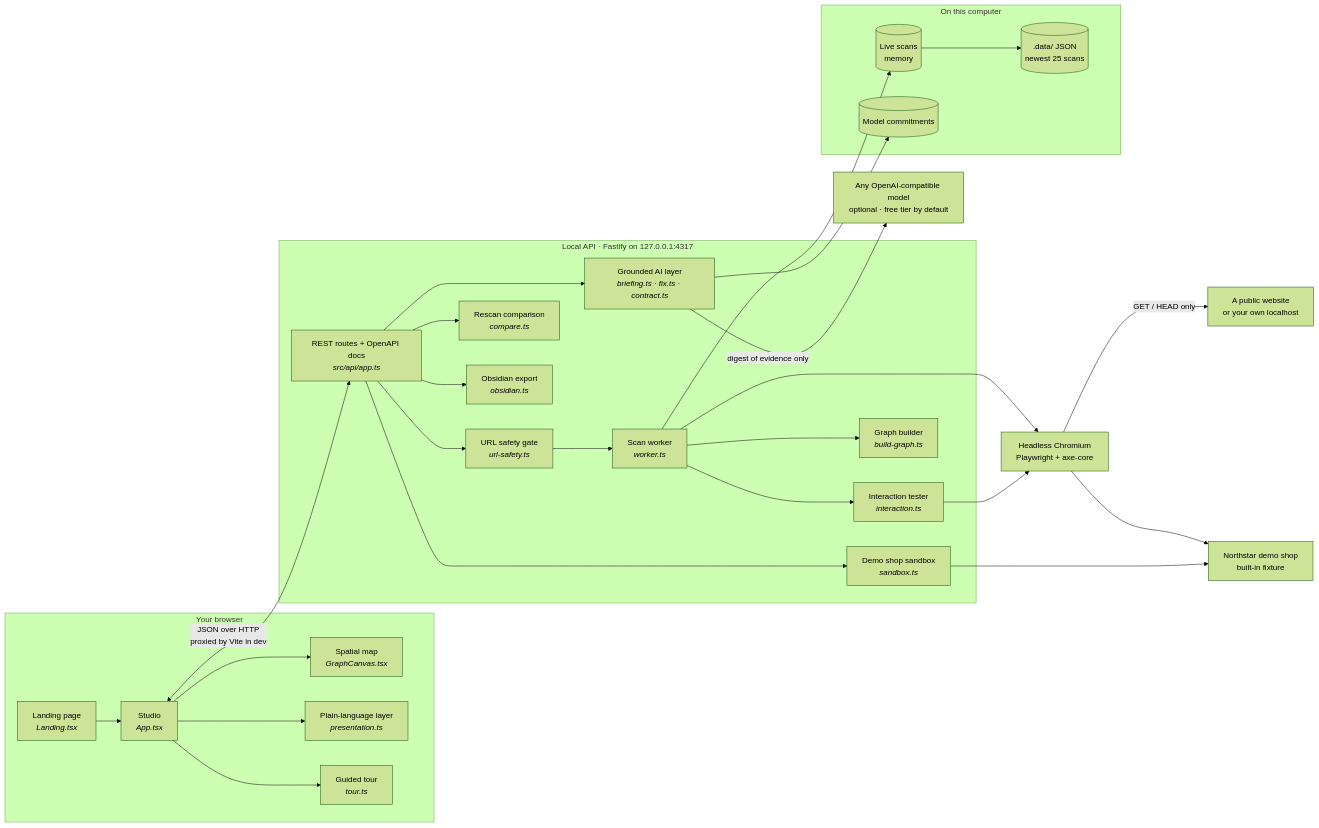
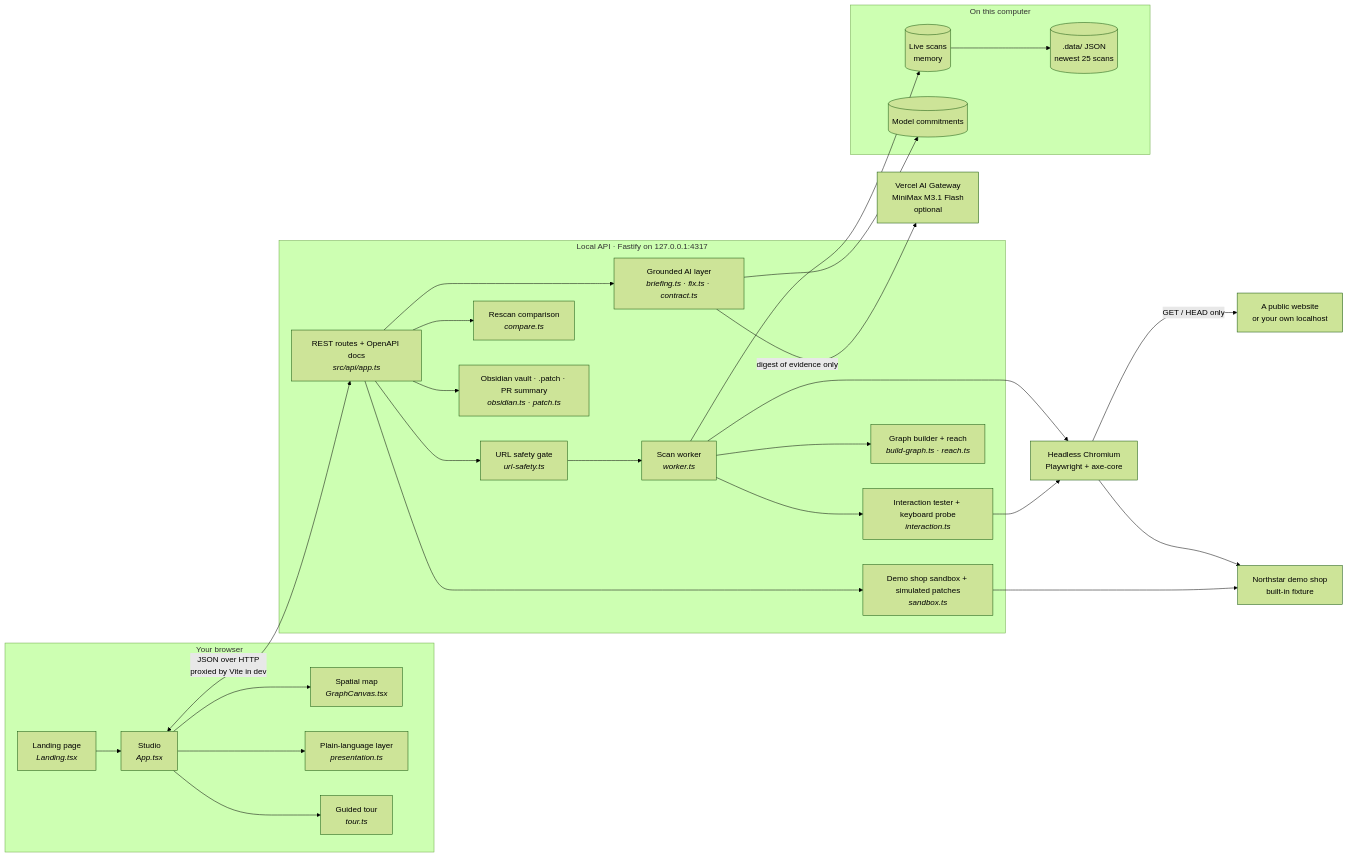
The first of 5 diagrams in docs/ARCHITECTURE.md (joyboyreturns/Access-Ripple), drawn with Mermaid (forest theme) before and after one commit. The commit also changed other lines of this file and 755 other files, not shown here.

````diff
--- a/docs/ARCHITECTURE.md
+++ b/docs/ARCHITECTURE.md
@@ -7,51 +7,51 @@
 ```mermaid
 flowchart LR
     subgraph Browser["Your browser"]
         Landing["Landing page<br/><i>Landing.tsx</i>"]
         Studio["Studio<br/><i>App.tsx</i>"]
         Map["Spatial map<br/><i>GraphCanvas.tsx</i>"]
         Present["Plain-language layer<br/><i>presentation.ts</i>"]
         Tour["Guided tour<br/><i>tour.ts</i>"]
     end
 
     subgraph API["Local API · Fastify on 127.0.0.1:4317"]
         Routes["REST routes + OpenAPI docs<br/><i>src/api/app.ts</i>"]
         Gate["URL safety gate<br/><i>url-safety.ts</i>"]
         Worker["Scan worker<br/><i>worker.ts</i>"]
-        Interact["Interaction tester<br/><i>interaction.ts</i>"]
-        Graph["Graph builder<br/><i>build-graph.ts</i>"]
+        Interact["Interaction tester + keyboard probe<br/><i>interaction.ts</i>"]
+        Graph["Graph builder + reach<br/><i>build-graph.ts · reach.ts</i>"]
         Compare["Rescan comparison<br/><i>compare.ts</i>"]
         AI["Grounded AI layer<br/><i>briefing.ts · fix.ts · contract.ts</i>"]
-        Sandbox["Demo shop sandbox<br/><i>sandbox.ts</i>"]
-        Export["Obsidian export<br/><i>obsidian.ts</i>"]
+        Sandbox["Demo shop sandbox + simulated patches<br/><i>sandbox.ts</i>"]
+        Export["Obsidian vault · .patch · PR summary<br/><i>obsidian.ts · patch.ts</i>"]
     end
 
     subgraph Storage["On this computer"]
         Mem[("Live scans<br/>memory")]
         Disk[(".data/ JSON<br/>newest 25 scans")]
         Contracts[("Model commitments")]
     end
 
     Chromium["Headless Chromium<br/>Playwright + axe-core"]
     Site["A public website<br/>or your own localhost"]
     Shop["Northstar demo shop<br/>built-in fixture"]
-    Model["Any OpenAI-compatible model<br/>optional · free tier by default"]
+    Model["Vercel AI Gateway<br/>MiniMax M3.1 Flash<br/>optional"]
 
     Landing --> Studio
     Studio --> Map
     Studio --> Present
     Studio --> Tour
     Studio <-->|"JSON over HTTP<br/>proxied by Vite in dev"| Routes
     Routes --> Gate --> Worker
     Worker --> Chromium
     Chromium -->|"GET / HEAD only"| Site
     Chromium --> Shop
     Worker --> Interact --> Chromium
     Worker --> Graph
     Routes --> Compare
     Routes --> AI -->|"digest of evidence only"| Model
     Routes --> Sandbox --> Shop
     Routes --> Export
     Worker --> Mem --> Disk
     AI --> Contracts
 ```
````
